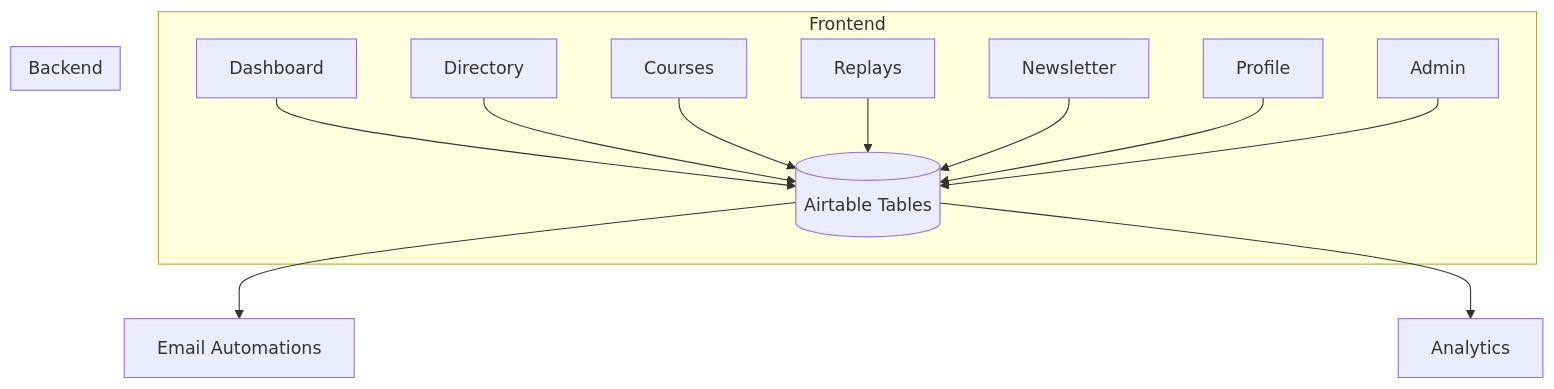
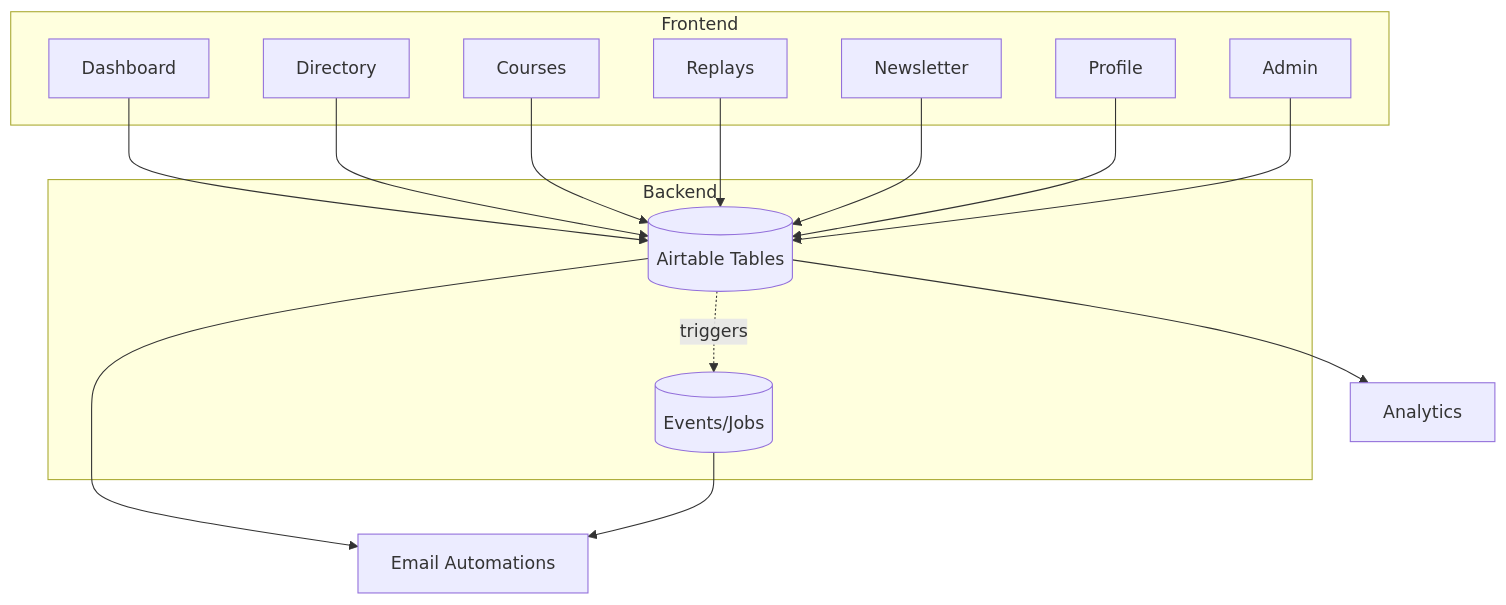
One commit to ackersml/portfolio-system changed the diagram in diagrams/coaching-platform.mmd. Above: the diagram before and after it, drawn with Mermaid. The commit also changed 5 other files, not shown here.

Commit message:
Stabilize Mermaid rendering (use run); enrich diagrams with subgraphs and flows

```diff
--- a/diagrams/coaching-platform.mmd
+++ b/diagrams/coaching-platform.mmd
@@ -1,15 +1,25 @@
 graph TD
   subgraph Frontend
-    DASH[Dashboard] --> DATA
-    DIR[Directory] --> DATA
-    COURSES[Courses] --> DATA
-    REPLAYS[Replays] --> DATA
-    NEWS[Newsletter] --> DATA
-    PROFILE[Profile] --> DATA
-    ADMIN[Admin] --> DATA
+    DASH[Dashboard]
+    DIR[Directory]
+    COURSES[Courses]
+    REPLAYS[Replays]
+    NEWS[Newsletter]
+    PROFILE[Profile]
+    ADMIN[Admin]
   end
   subgraph Backend
     DATA[(Airtable Tables)]
+    BUS[(Events/Jobs)]
   end
+  DASH --> DATA
+  DIR --> DATA
+  COURSES --> DATA
+  REPLAYS --> DATA
+  NEWS --> DATA
+  PROFILE --> DATA
+  ADMIN --> DATA
   DATA --> EMAIL[Email Automations]
   DATA --> ANALYTICS[Analytics]
+  DATA -. triggers .-> BUS
+  BUS --> EMAIL
```
